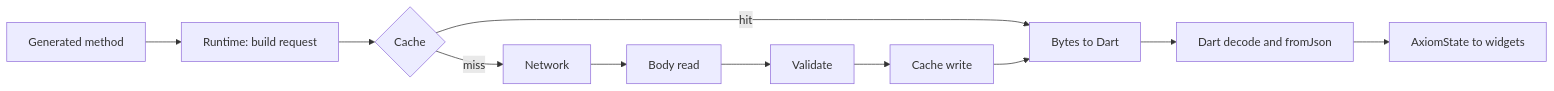
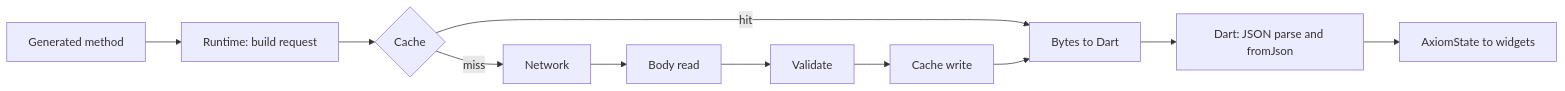
One commit to AxiomCore/AxiomCore changed the diagram in docs/content/docs/sdks/flutter-performance.mdx. Above: the diagram before and after it, drawn with Mermaid. The commit also changed other lines of this file and 12 other files, not shown here.

Commit message:
docs(flutter): final 0.150.1 facts: sizes from the merged artifacts, sampled validation default and settings, opt-in object cache and web fast start, background JSON parse, WebSocket TLS roots, planned items; resolve VERIFY markers; packages 0.150.1

````diff
--- a/docs/content/docs/sdks/flutter-performance.mdx
+++ b/docs/content/docs/sdks/flutter-performance.mdx
@@ -20,13 +20,13 @@
 ```mermaid title="One query from Dart to the backend and back"
 flowchart LR
   A[Generated method] --> B[Runtime: build request]
   B --> C{Cache}
   C -->|hit| G[Bytes to Dart]
   C -->|miss| D[Network]
   D --> E[Body read]
   E --> F[Validate]
   F --> H[Cache write]
   H --> G
-  G --> I[Dart decode and fromJson]
+  G --> I[Dart: JSON parse and fromJson]
   I --> J[AxiomState to widgets]
 ```
````
